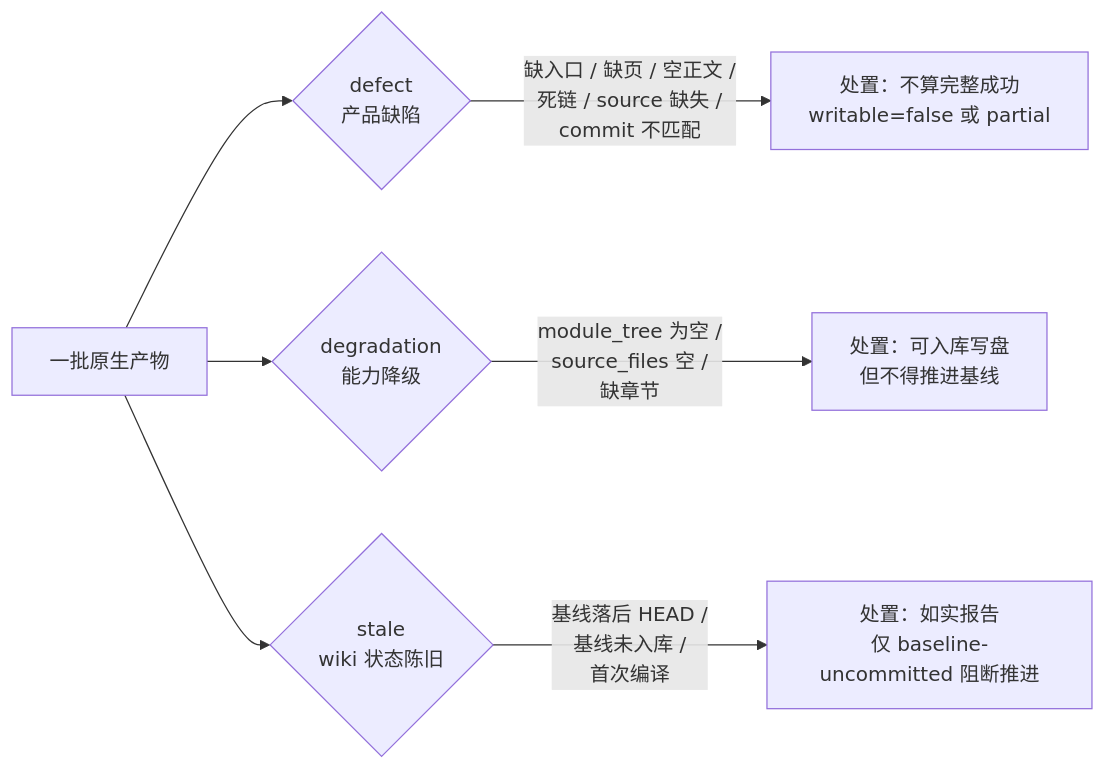
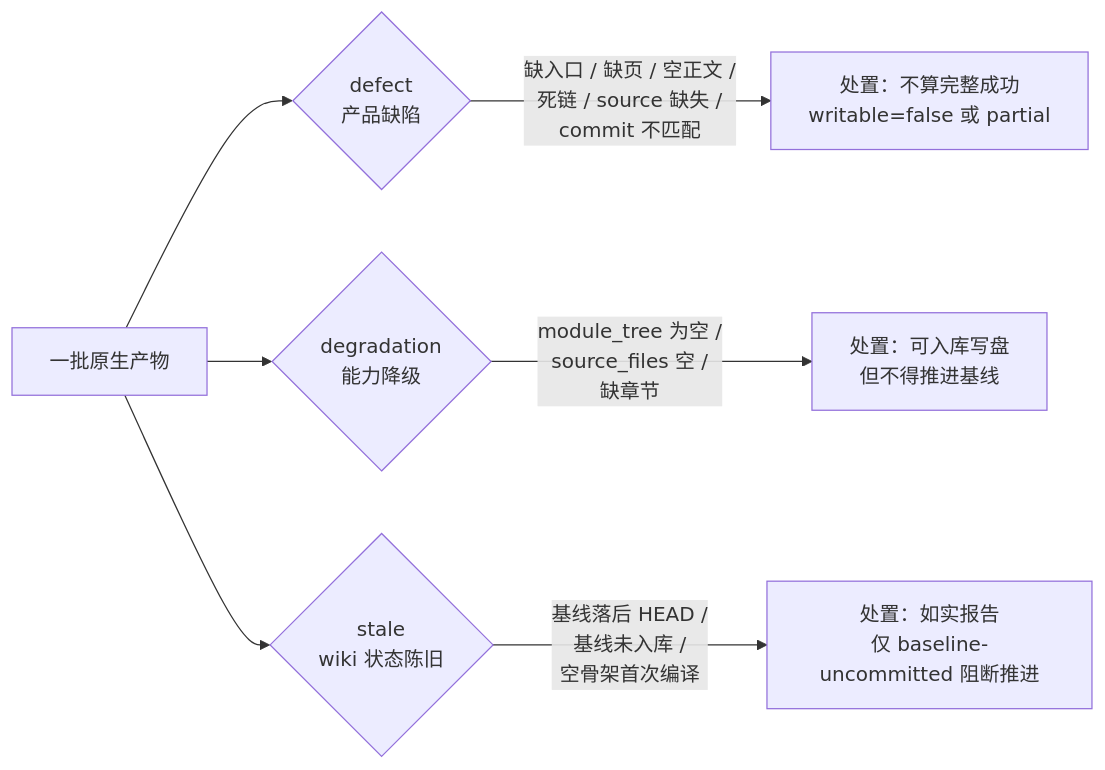
The third of 7 diagrams in .codewiki/modules/engine-core-artifact-gate.md (ikliml666/dsh-codewiki), drawn with Mermaid before and after one commit. The commit also changed other lines of this file and 28 other files, not shown here.

````diff
--- a/.codewiki/modules/engine-core-artifact-gate.md
+++ b/.codewiki/modules/engine-core-artifact-gate.md
@@ -76,10 +76,10 @@
 ```mermaid
 flowchart LR
     O["一批原生产物"] --> D{"defect<br/>产品缺陷"}
     O --> Deg{"degradation<br/>能力降级"}
     O --> St{"stale<br/>wiki 状态陈旧"}
 
     D -->|"缺入口 / 缺页 / 空正文 /<br/>死链 / source 缺失 /<br/>commit 不匹配"| DR["处置：不算完整成功<br/>writable=false 或 partial"]
     Deg -->|"module_tree 为空 /<br/>source_files 空 /<br/>缺章节"| DgR["处置：可入库写盘<br/>但不得推进基线"]
-    St -->|"基线落后 HEAD /<br/>基线未入库 /<br/>首次编译"| StR["处置：如实报告<br/>仅 baseline-uncommitted 阻断推进"]
+    St -->|"基线落后 HEAD /<br/>基线未入库 /<br/>空骨架首次编译"| StR["处置：如实报告<br/>仅 baseline-uncommitted 阻断推进"]
 ```
````
